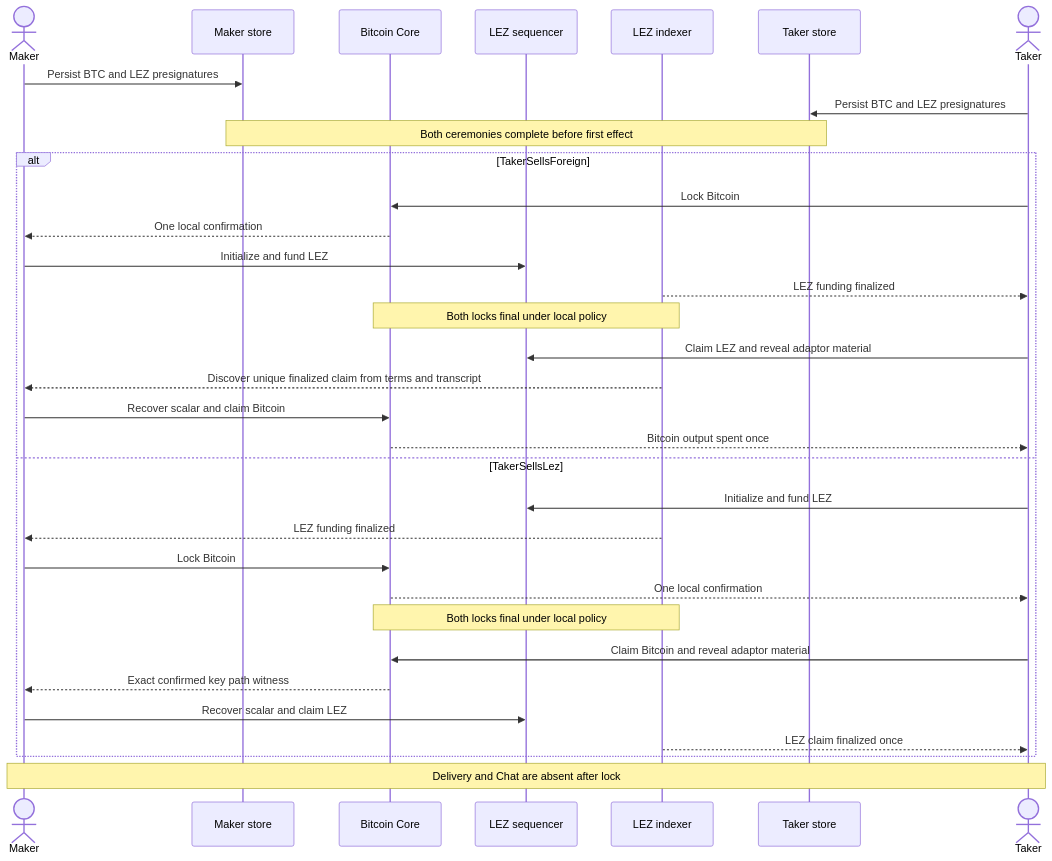
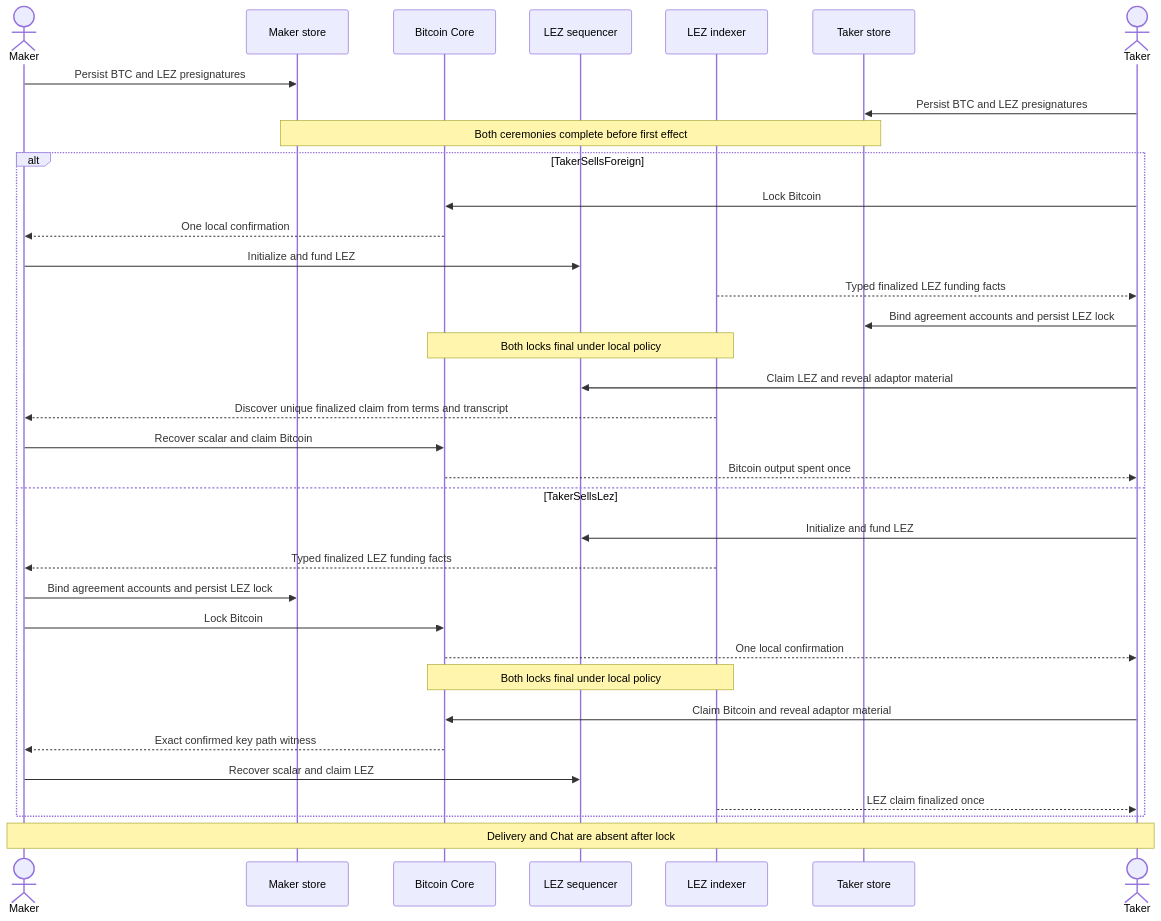
The third of 15 diagrams in docs/architecture/system-architecture.md (gateway-fm/lez-atomic-swaps), drawn with Mermaid before and after one commit. The commit also changed other lines of this file and 21 other files, not shown here.

Commit message:
feat: prove finalized LEZ funding before claim

````diff
--- a/docs/architecture/system-architecture.md
+++ b/docs/architecture/system-architecture.md
@@ -141,36 +141,38 @@
 ```mermaid
 sequenceDiagram
     actor Maker
     participant MakerStore as Maker store
     participant Core as Bitcoin Core
     participant Lez as LEZ sequencer
     participant Indexer as LEZ indexer
     participant TakerStore as Taker store
     actor Taker
 
     Maker->>MakerStore: Persist BTC and LEZ presignatures
     Taker->>TakerStore: Persist BTC and LEZ presignatures
     Note over MakerStore,TakerStore: Both ceremonies complete before first effect
     alt TakerSellsForeign
         Taker->>Core: Lock Bitcoin
         Core-->>Maker: One local confirmation
         Maker->>Lez: Initialize and fund LEZ
-        Indexer-->>Taker: LEZ funding finalized
+        Indexer-->>Taker: Typed finalized LEZ funding facts
+        Taker->>TakerStore: Bind agreement accounts and persist LEZ lock
         Note over Core,Indexer: Both locks final under local policy
         Taker->>Lez: Claim LEZ and reveal adaptor material
         Indexer-->>Maker: Discover unique finalized claim from terms and transcript
         Maker->>Core: Recover scalar and claim Bitcoin
         Core-->>Taker: Bitcoin output spent once
     else TakerSellsLez
         Taker->>Lez: Initialize and fund LEZ
-        Indexer-->>Maker: LEZ funding finalized
+        Indexer-->>Maker: Typed finalized LEZ funding facts
+        Maker->>MakerStore: Bind agreement accounts and persist LEZ lock
         Maker->>Core: Lock Bitcoin
         Core-->>Taker: One local confirmation
         Note over Core,Indexer: Both locks final under local policy
         Taker->>Core: Claim Bitcoin and reveal adaptor material
         Core-->>Maker: Exact confirmed key path witness
         Maker->>Lez: Recover scalar and claim LEZ
         Indexer-->>Taker: LEZ claim finalized once
     end
     Note over Maker,Taker: Delivery and Chat are absent after lock
 ```
````
